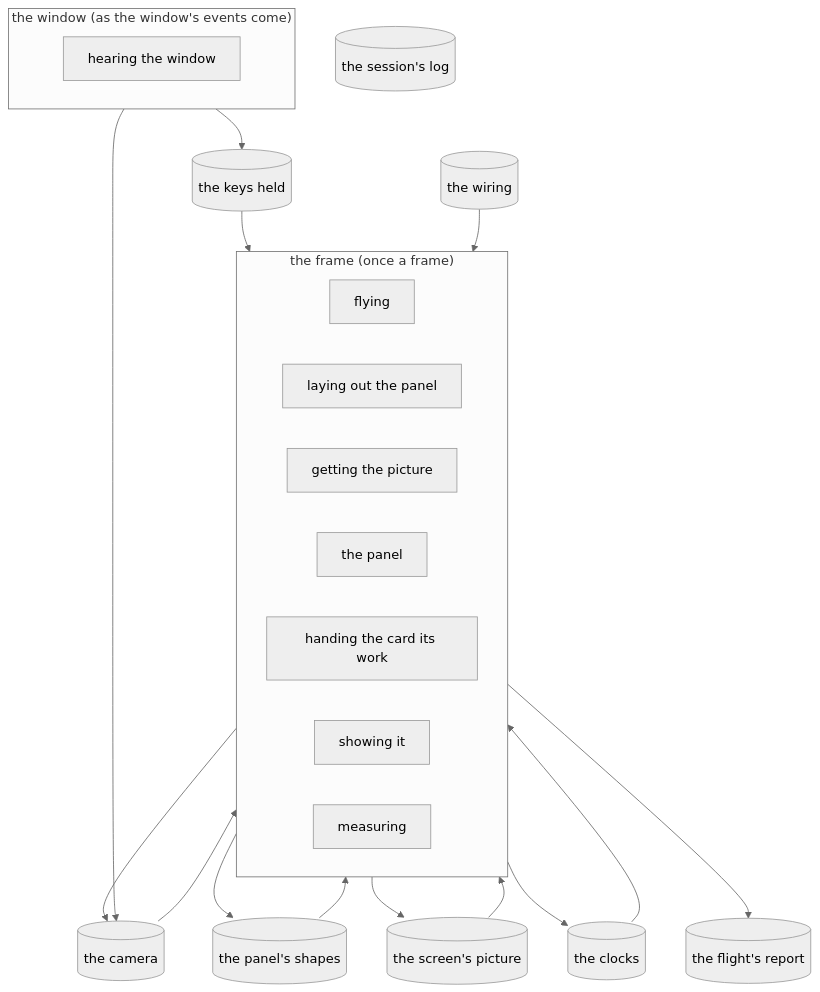
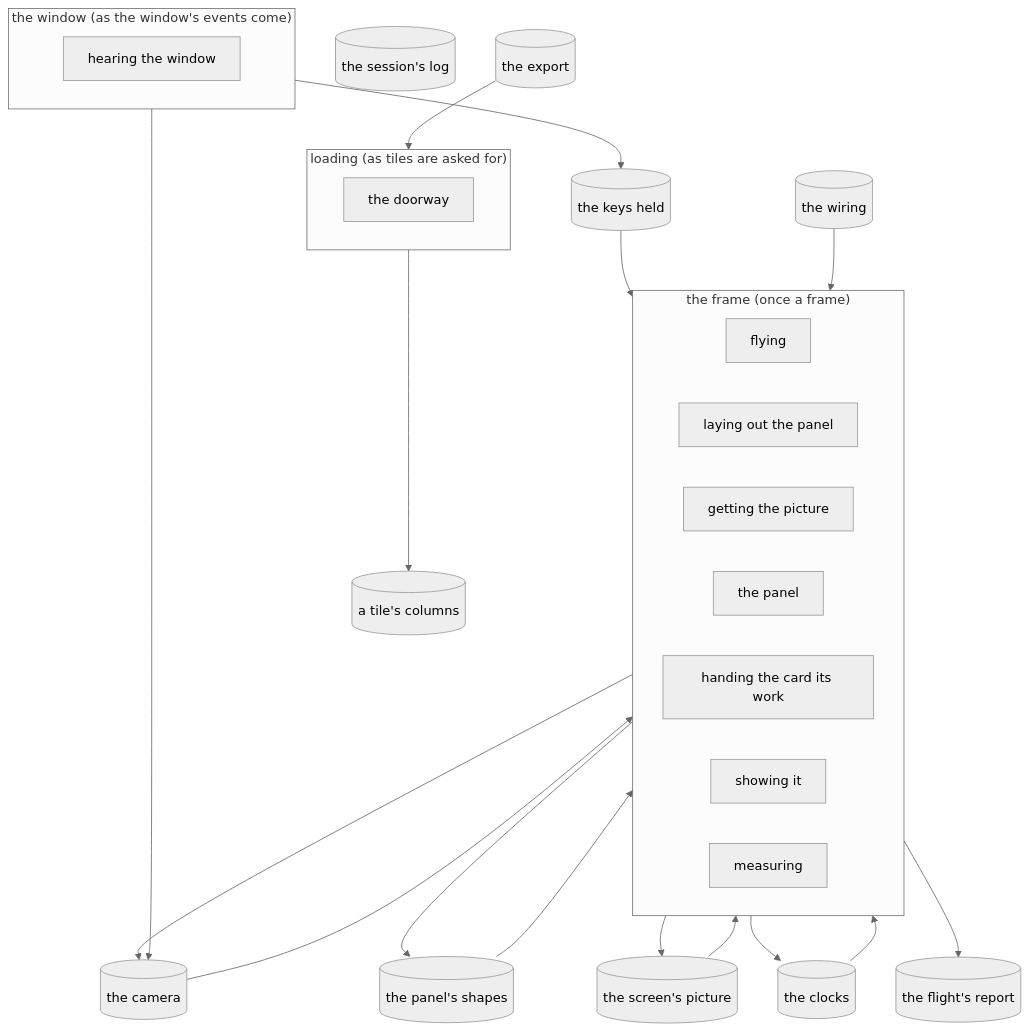
Before and after one commit to david138collins/incus-artus: the diagram in master/map.md, drawn with Mermaid (neutral theme). The commit also changed other lines of this file and 8 other files, not shown here.

````diff
--- a/master/map.md
+++ b/master/map.md
@@ -11,38 +11,46 @@
 ```mermaid
 flowchart TB
   subgraph lane_the_window["the window (as the window's events come)"]
     direction LR
     pass_hearing_the_window["hearing the window"]
   end
   subgraph lane_the_frame["the frame (once a frame)"]
     direction LR
     pass_flying["flying"]
     pass_laying_out_the_panel["laying out the panel"]
     pass_getting_the_picture["getting the picture"]
     pass_the_panel["the panel"]
     pass_handing_the_card_its_work["handing the card its work"]
     pass_showing_it["showing it"]
     pass_measuring["measuring"]
   end
+  subgraph lane_loading["loading (as tiles are asked for)"]
+    direction LR
+    pass_the_doorway["the doorway"]
+  end
   store_the_keys_held[("the keys held")]
   store_the_camera[("the camera")]
   store_the_clocks[("the clocks")]
   store_the_wiring[("the wiring")]
   store_the_panel_s_shapes[("the panel's shapes")]
   store_the_screen_s_picture[("the screen's picture")]
   store_the_flight_s_report[("the flight's report")]
   store_the_session_s_log[("the session's log")]
+  store_the_export[("the export")]
+  store_a_tile_s_columns[("a tile's columns")]
   pass_hearing_the_window --> store_the_keys_held
   pass_hearing_the_window --> store_the_camera
   store_the_keys_held --> pass_flying
   pass_flying --> store_the_camera
   store_the_camera --> pass_laying_out_the_panel
   store_the_clocks --> pass_laying_out_the_panel
   store_the_wiring --> pass_laying_out_the_panel
   pass_laying_out_the_panel --> store_the_panel_s_shapes
   store_the_panel_s_shapes --> pass_the_panel
   pass_the_panel --> store_the_screen_s_picture
   store_the_screen_s_picture --> pass_showing_it
   pass_measuring --> store_the_clocks
   pass_measuring --> store_the_flight_s_report
+  store_the_export --> pass_the_doorway
+  pass_the_doorway --> store_a_tile_s_columns
 ```
````
